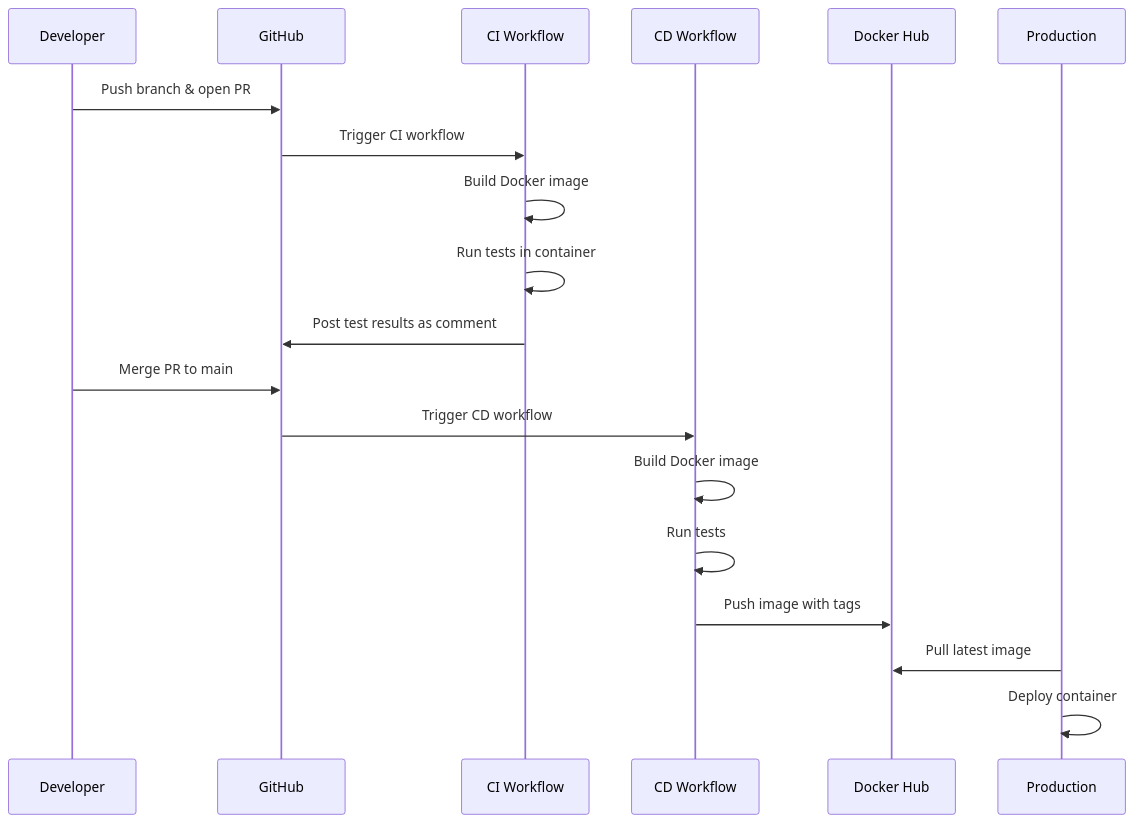
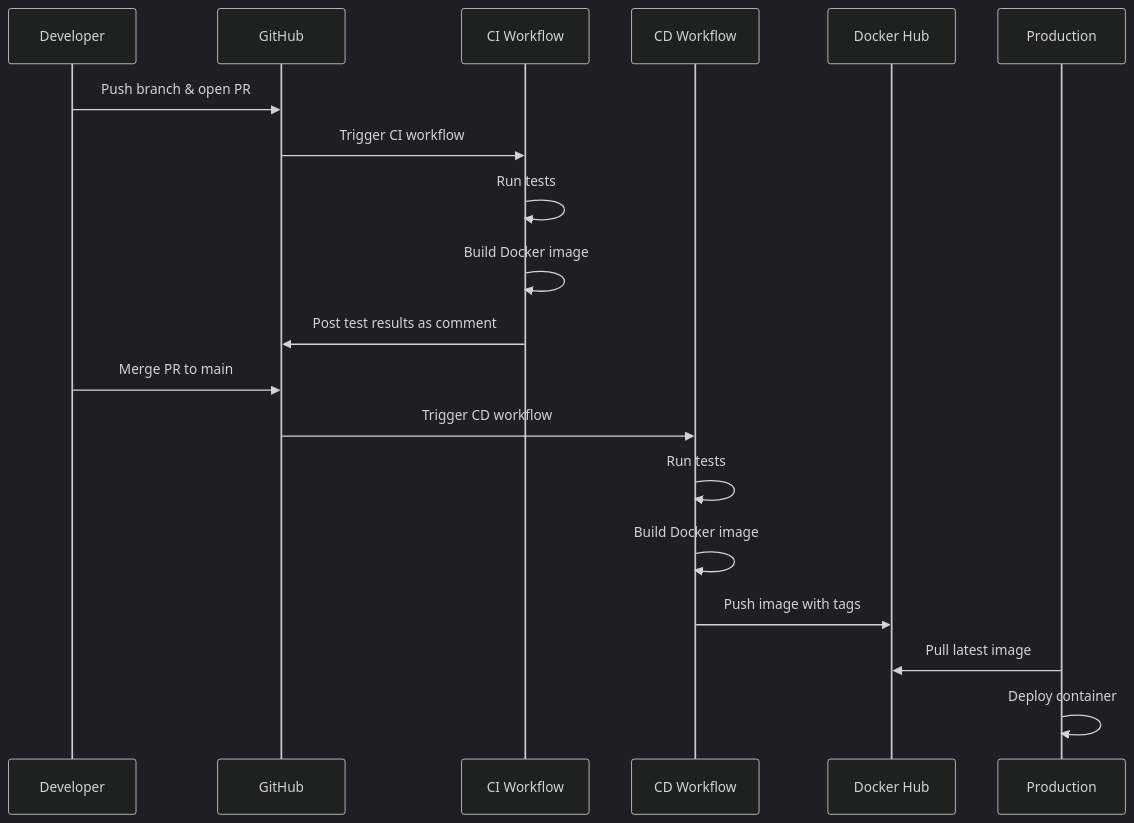
One commit to cis1912-fa25/cicd-lab changed the second of 2 diagrams in README.md. Above: the diagram before and after it, drawn with Mermaid. The commit also changed other lines of this file and 2 other files, not shown here.

````diff
--- a/README.md
+++ b/README.md
@@ -472,24 +409,25 @@
 ```mermaid
+%%{init: {'theme':'dark'}}%%
 sequenceDiagram
     participant Dev as Developer
     participant GH as GitHub
     participant CI as CI Workflow
     participant CD as CD Workflow
     participant DH as Docker Hub
     participant Prod as Production
 
     Dev->>GH: Push branch & open PR
     GH->>CI: Trigger CI workflow
+    CI->>CI: Run tests
     CI->>CI: Build Docker image
-    CI->>CI: Run tests in container
     CI->>GH: Post test results as comment
 
     Dev->>GH: Merge PR to main
     GH->>CD: Trigger CD workflow
+    CD->>CD: Run tests
     CD->>CD: Build Docker image
-    CD->>CD: Run tests
     CD->>DH: Push image with tags
 
     Prod->>DH: Pull latest image
     Prod->>Prod: Deploy container
 ```
````
